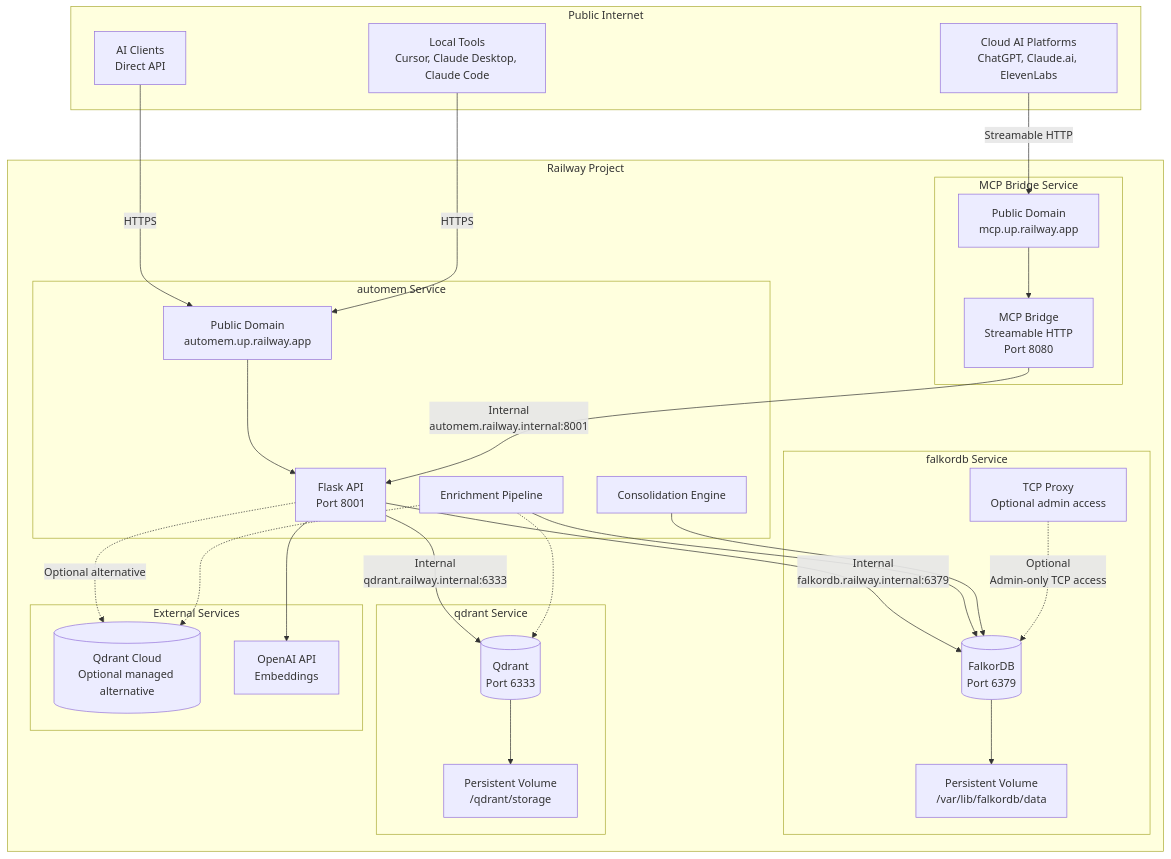
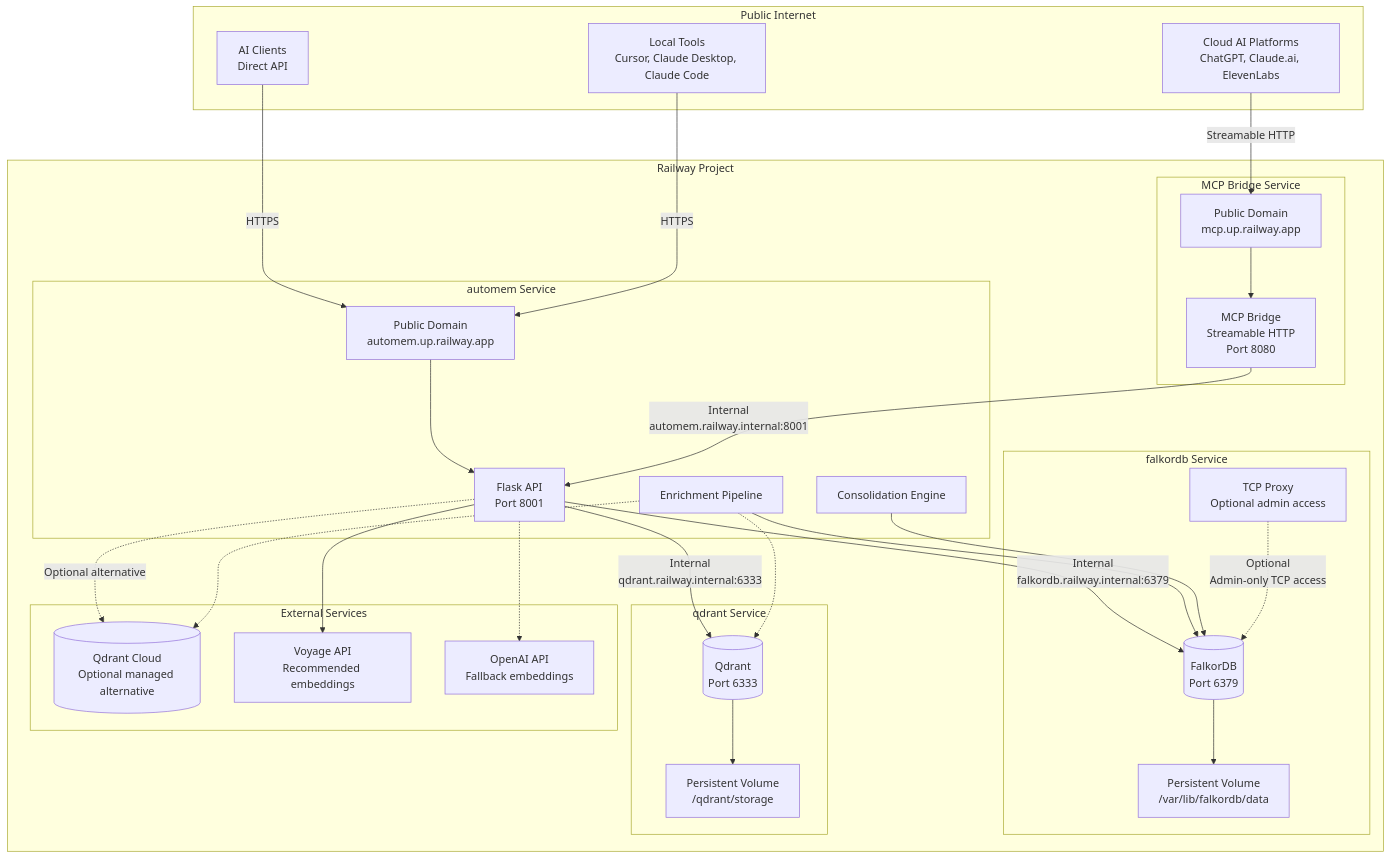
Before and after one commit to verygoodplugins/automem: the diagram in docs/RAILWAY_DEPLOYMENT.md, drawn with Mermaid. The commit also changed other lines of this file and 21 other files, not shown here.

````diff
--- a/docs/RAILWAY_DEPLOYMENT.md
+++ b/docs/RAILWAY_DEPLOYMENT.md
@@ -17,63 +20,65 @@
 ```mermaid
 flowchart TB
     subgraph internet [Public Internet]
         Users[AI Clients<br/>Direct API]
         CloudAI[Cloud AI Platforms<br/>ChatGPT, Claude.ai, ElevenLabs]
         Local[Local Tools<br/>Cursor, Claude Desktop, Claude Code]
     end
 
     subgraph railway [Railway Project]
         subgraph mcpbridge [MCP Bridge Service]
             MCPServer[MCP Bridge<br/>Streamable HTTP<br/>Port 8080]
             MCPDomain[Public Domain<br/>mcp.up.railway.app]
         end
 
         subgraph api [automem Service]
             FlaskAPI[Flask API<br/>Port 8001]
             APIDomain[Public Domain<br/>automem.up.railway.app]
 
             Enrichment[Enrichment Pipeline]
             Consolidation[Consolidation Engine]
         end
 
         subgraph db [falkordb Service]
             FalkorDB[(FalkorDB<br/>Port 6379)]
             Volume[Persistent Volume<br/>/var/lib/falkordb/data]
             TCPProxy[TCP Proxy<br/>Optional admin access]
         end
 
         subgraph qdrantsvc [qdrant Service]
             Qdrant[(Qdrant<br/>Port 6333)]
             QdrantVolume[Persistent Volume<br/>/qdrant/storage]
         end
 
         subgraph external [External Services]
             QdrantCloud[(Qdrant Cloud<br/>Optional managed alternative)]
-            OpenAI[OpenAI API<br/>Embeddings]
+            Voyage[Voyage API<br/>Recommended embeddings]
+            OpenAI[OpenAI API<br/>Fallback embeddings]
         end
     end
 
     Users -->|HTTPS| APIDomain
     CloudAI -->|Streamable HTTP| MCPDomain
     Local -->|HTTPS| APIDomain
 
     MCPDomain --> MCPServer
     APIDomain --> FlaskAPI
 
     MCPServer -->|Internal<br/>automem.railway.internal:8001| FlaskAPI
 
     FlaskAPI -->|Internal<br/>falkordb.railway.internal:6379| FalkorDB
     FlaskAPI -->|Internal<br/>qdrant.railway.internal:6333| Qdrant
     FlaskAPI -.->|Optional alternative| QdrantCloud
-    FlaskAPI --> OpenAI
+    FlaskAPI --> Voyage
+    FlaskAPI -.-> OpenAI
 
     Enrichment --> FalkorDB
     Enrichment -.-> QdrantCloud
     Enrichment -.-> Qdrant
     Consolidation --> FalkorDB
 
     FalkorDB --> Volume
     Qdrant --> QdrantVolume
 
     TCPProxy -.->|Optional<br/>Admin-only TCP access| FalkorDB
 ```
````
